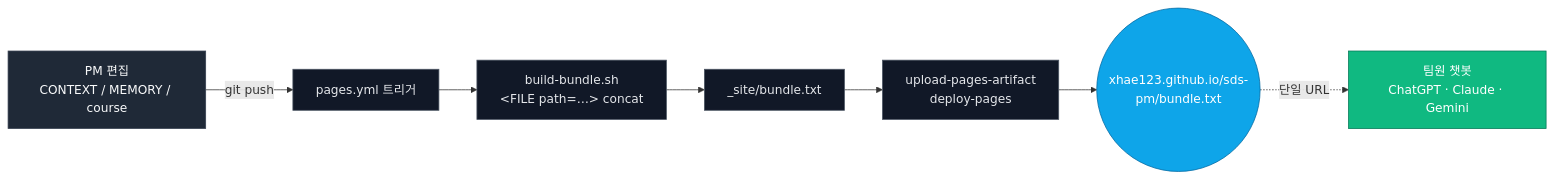
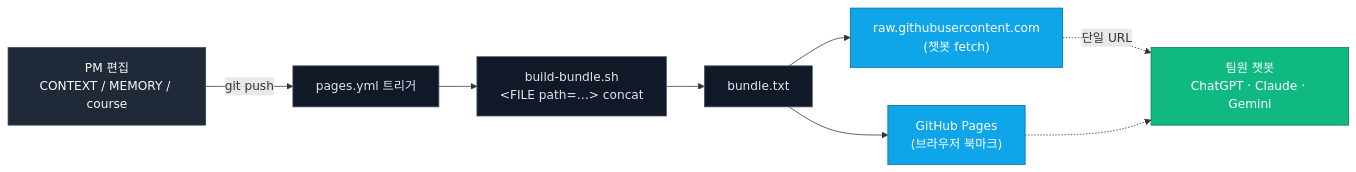
The diagram in README.md (xhae123/sds-pm), drawn with Mermaid before and after one commit. The commit also changed other lines of this file, not shown here.

Commit message:
docs(readme): switch primary URL to raw.githubusercontent
Search-indexed browsers (ChatGPT default) cannot reach fresh
github.io URLs until Bing indexes them, which takes days to weeks.
raw.githubusercontent.com is already reachable by every chatbot's
fetcher, so it becomes the primary URL. Pages URL kept as a
browser-bookmark fallback.

````diff
--- a/README.md
+++ b/README.md
@@ -54,18 +56,19 @@
 ```mermaid
 flowchart LR
     A["PM 편집<br/>CONTEXT / MEMORY / course"] -->|git push| B["pages.yml 트리거"]
     B --> C["build-bundle.sh<br/>&lt;FILE path=…&gt; concat"]
-    C --> D["_site/bundle.txt"]
-    D --> E["upload-pages-artifact<br/>deploy-pages"]
-    E --> F(("xhae123.github.io/sds-pm/bundle.txt"))
-    F -.단일 URL.-> G["팀원 챗봇<br/>ChatGPT · Claude · Gemini"]
+    C --> D["bundle.txt"]
+    D --> E1["raw.githubusercontent.com<br/>(챗봇 fetch)"]
+    D --> E2["GitHub Pages<br/>(브라우저 북마크)"]
+    E1 -.단일 URL.-> G["팀원 챗봇<br/>ChatGPT · Claude · Gemini"]
+    E2 -.-> G
 
     classDef src fill:#1f2937,stroke:#374151,color:#f9fafb;
     classDef step fill:#111827,stroke:#4b5563,color:#e5e7eb;
     classDef out fill:#0ea5e9,stroke:#0369a1,color:#ffffff;
     classDef client fill:#10b981,stroke:#047857,color:#ffffff;
     class A src;
-    class B,C,D,E step;
-    class F out;
+    class B,C,D step;
+    class E1,E2 out;
     class G client;
 ```
````
